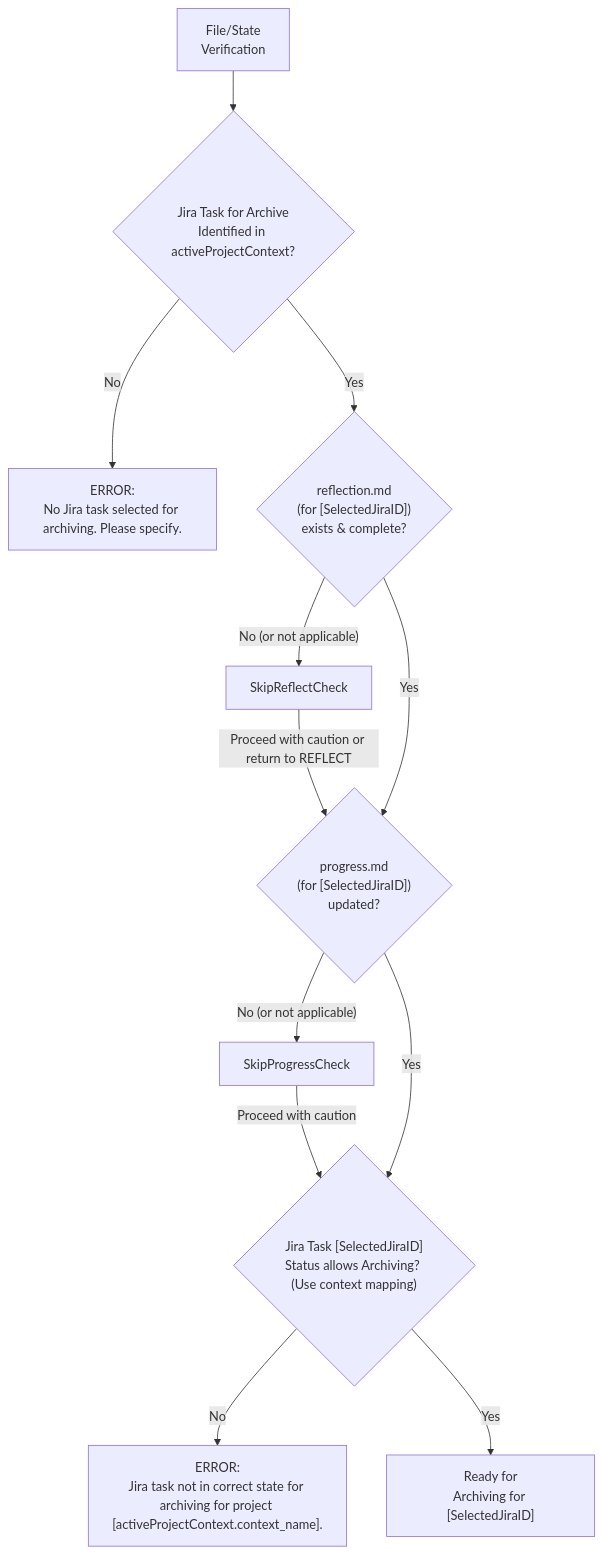
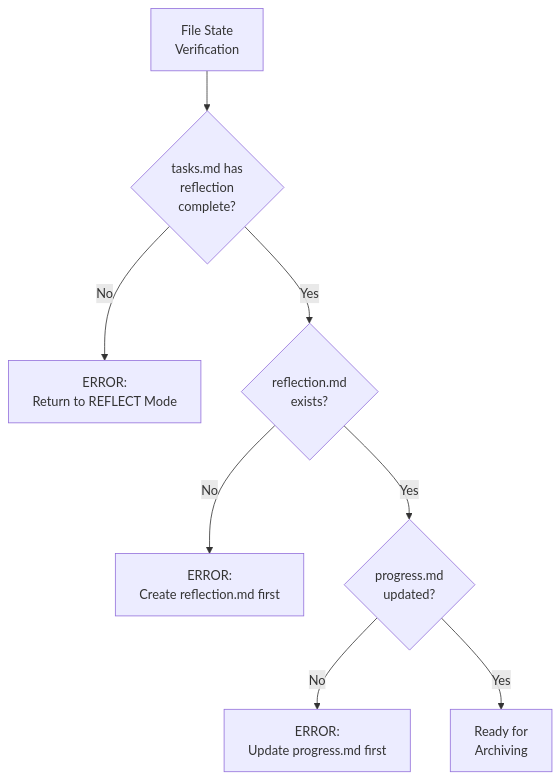
The third of 5 diagrams in .cursor/rules/isolation_rules/visual-maps/archive-mode-map.mdc (ms-moar/cursor-tools), drawn with Mermaid before and after one commit. The commit also changed other lines of this file and 42 other files, not shown here.

````diff
--- a/.cursor/rules/isolation_rules/visual-maps/archive-mode-map.mdc
+++ b/.cursor/rules/isolation_rules/visual-maps/archive-mode-map.mdc
@@ -111,15 +68,13 @@
 ```mermaid
 graph TD
-    Start["File/State<br>Verification"] --> JiraTaskSelected{"Jira Task for Archive<br>Identified in activeProjectContext?"}
-    JiraTaskSelected -->|"No"| ErrorNoTask["ERROR:<br>No Jira task selected for archiving. Please specify."]
-    JiraTaskSelected -->|"Yes"| CheckReflectMD{"reflection.md <br>(for [SelectedJiraID])<br>exists & complete?"}
+    Start["File State<br>Verification"] --> CheckTasks{"tasks.md has<br>reflection<br>complete?"}
     
-    CheckReflectMD -->|"No (or not applicable)"| SkipReflectCheck --"Proceed with caution or return to REFLECT"--> CheckProgressMD
-    CheckReflectMD -->|"Yes"| CheckProgressMD{"progress.md <br>(for [SelectedJiraID])<br>updated?"}
+    CheckTasks -->|"No"| ErrorReflect["ERROR:<br>Return to REFLECT Mode"]
+    CheckTasks -->|"Yes"| CheckReflection{"reflection.md<br>exists?"}
     
-    CheckProgressMD -->|"No (or not applicable)"| SkipProgressCheck --"Proceed with caution"--> CheckJiraStatus
-    CheckProgressMD -->|"Yes"| CheckJiraStatus{"Jira Task [SelectedJiraID]<br>Status allows Archiving? (Use context mapping)"}
-
-    CheckJiraStatus -->|"No"| ErrorJiraState["ERROR:<br>Jira task not in correct state for archiving for project [activeProjectContext.context_name]."]
-    CheckJiraStatus -->|"Yes"| ReadyArchive["Ready for<br>Archiving for [SelectedJiraID]"]
+    CheckReflection -->|"No"| ErrorCreate["ERROR:<br>Create reflection.md first"]
+    CheckReflection -->|"Yes"| CheckProgress{"progress.md<br>updated?"}
+    
+    CheckProgress -->|"No"| ErrorProgress["ERROR:<br>Update progress.md first"]
+    CheckProgress -->|"Yes"| ReadyArchive["Ready for<br>Archiving"]
 ```
````
